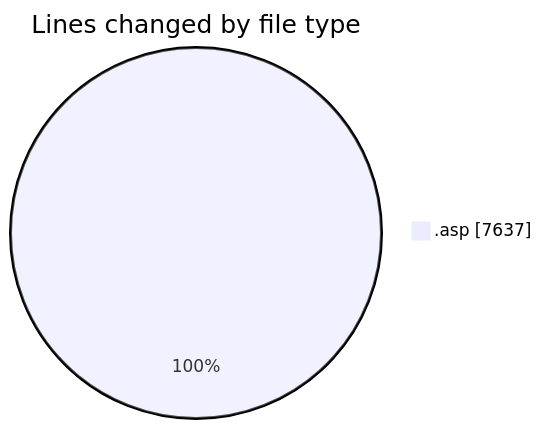
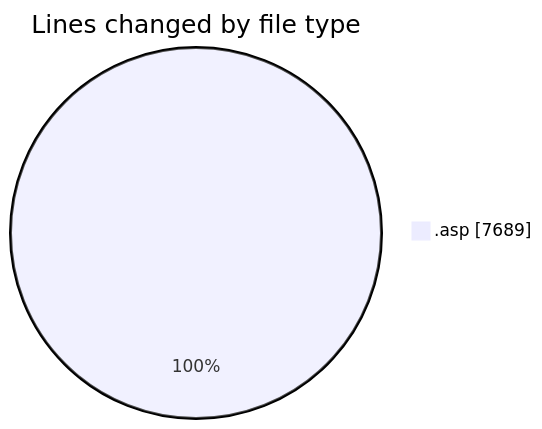
The first of 2 diagrams in 2025-10-31/cdp_aleoudev_fr__workspace_/README.md (julien-gomy/code-tracking), drawn with Mermaid before and after one commit. The commit also changed other lines of this file and 1 other file, not shown here.

````diff
--- a/2025-10-31/cdp_aleoudev_fr__workspace_/README.md
+++ b/2025-10-31/cdp_aleoudev_fr__workspace_/README.md
@@ -25,5 +25,5 @@
 ```mermaid
 pie showData
 title Lines changed by file type
-".asp" : 7637
+".asp" : 7689
 ```
````
